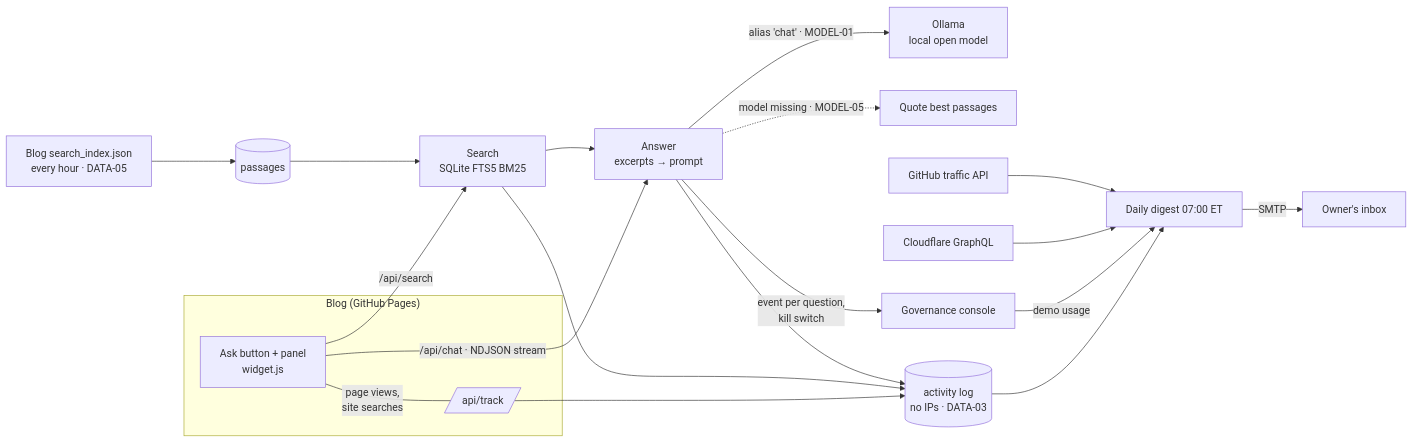
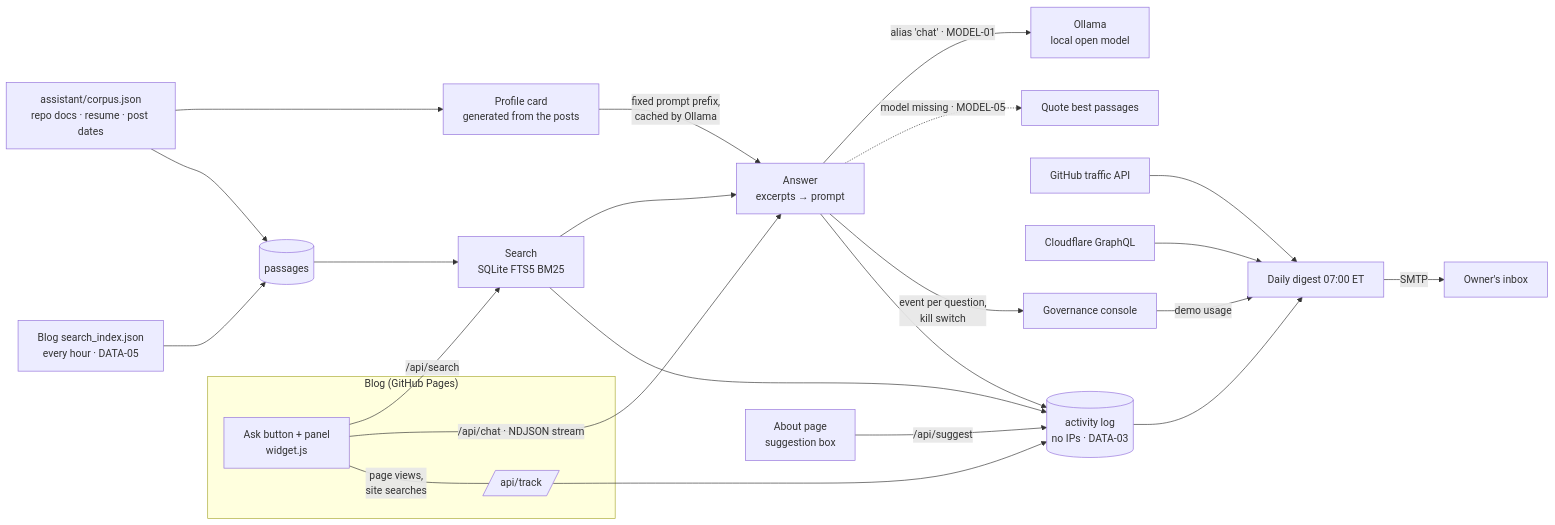
The diagram in projects/site-assistant/docs/architecture.md (ruairipowers-commits/ai-portfolio), drawn with Mermaid before and after one commit. The commit also changed 41 other files, not shown here.

````diff
--- a/projects/site-assistant/docs/architecture.md
+++ b/projects/site-assistant/docs/architecture.md
@@ -6,22 +6,26 @@
 ```mermaid
 flowchart LR
     subgraph Blog["Blog (GitHub Pages)"]
       W[Ask button + panel<br/>widget.js] ---|page views,<br/>site searches| T
     end
     W -->|/api/search| S[Search<br/>SQLite FTS5 BM25]
     W -->|/api/chat · NDJSON stream| C[Answer<br/>excerpts → prompt]
     I[Blog search_index.json<br/>every hour · DATA-05] --> P[(passages)]
+    K[assistant/corpus.json<br/>repo docs · resume · post dates] --> P
+    K --> PC[Profile card<br/>generated from the posts]
     P --> S
     S --> C
+    PC -->|fixed prompt prefix,<br/>cached by Ollama| C
     C -->|alias 'chat' · MODEL-01| O[Ollama<br/>local open model]
     C -.->|model missing · MODEL-05| X[Quote best passages]
     T[/api/track/] --> A[(activity log<br/>no IPs · DATA-03)]
+    SB[About page<br/>suggestion box] -->|/api/suggest| A
     S --> A
     C --> A
     C -->|event per question,<br/>kill switch| G[Governance console]
     A --> D[Daily digest 07:00 ET]
     G -->|demo usage| D
     CF[Cloudflare GraphQL] --> D
     GH[GitHub traffic API] --> D
     D -->|SMTP| M[Owner's inbox]
 ```
````
